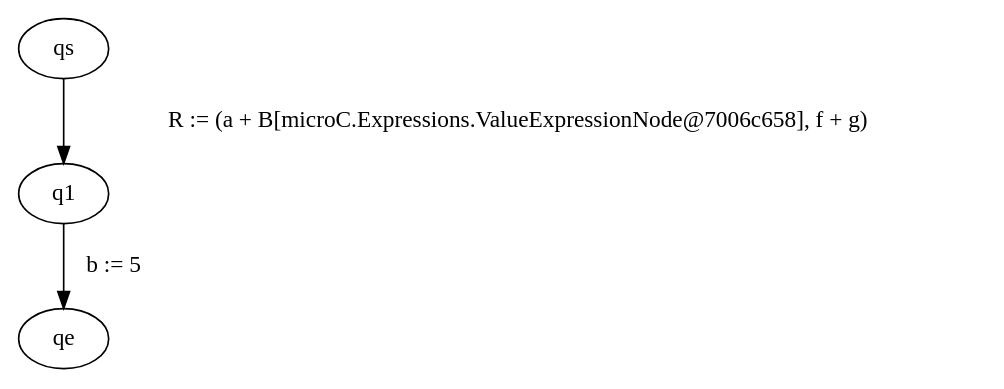
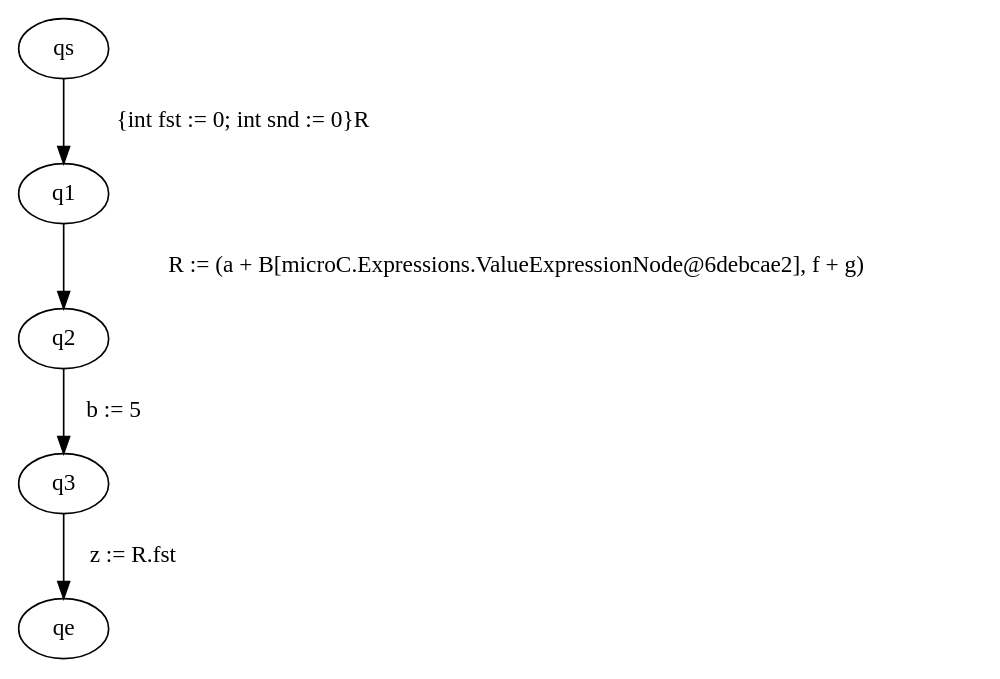
Before and after one commit to FloKes/ProgramAnalysis: the diagram in src/main/java/graphviz/input.dot, drawn with Graphviz. The commit also changed 3 other files, not shown here.

```diff
--- a/src/main/java/graphviz/input.dot
+++ b/src/main/java/graphviz/input.dot
@@ -1,4 +1,6 @@
 digraph ProgramGraph{
-"qs" -> "q1" [label="  R := (a + B[microC.Expressions.ValueExpressionNode@7006c658], f + g)   "] 
-"q1" -> "qe" [label="  b := 5   "] 
+"qs" -> "q1" [label="  {int fst := 0; int snd := 0}R   "] 
+"q1" -> "q2" [label="  R := (a + B[microC.Expressions.ValueExpressionNode@6debcae2], f + g)   "] 
+"q2" -> "q3" [label="  b := 5   "] 
+"q3" -> "qe" [label="  z := R.fst   "] 
 }
```
